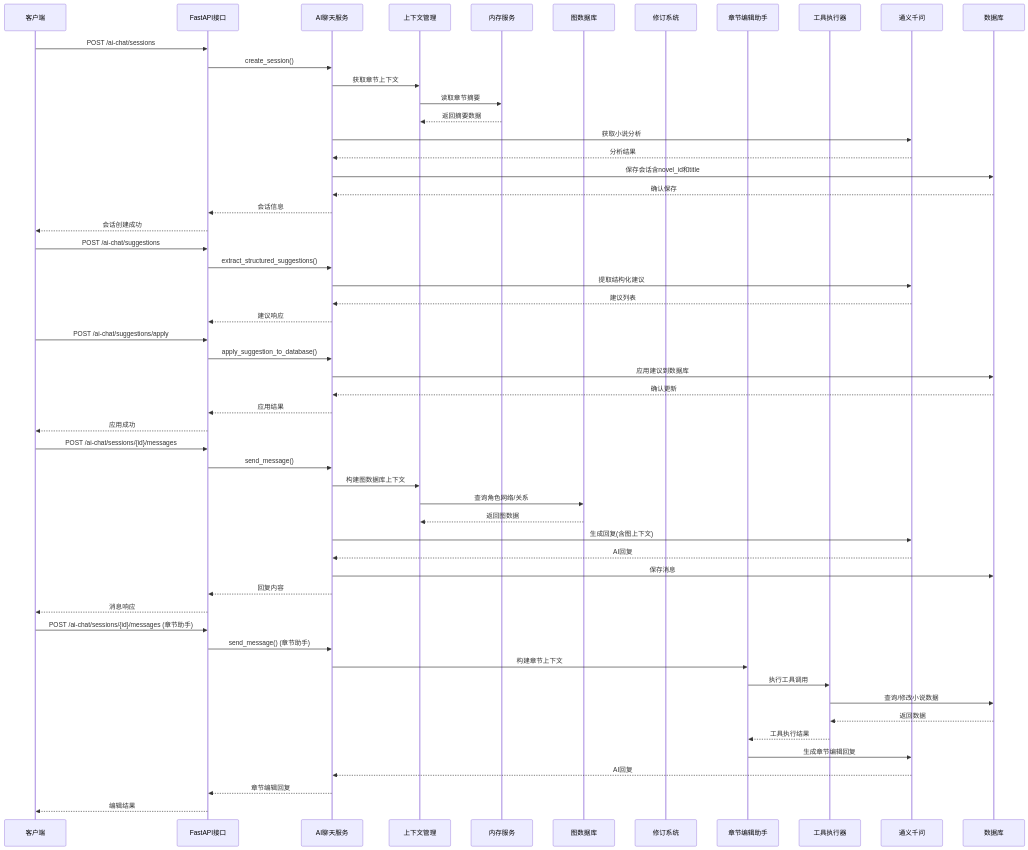
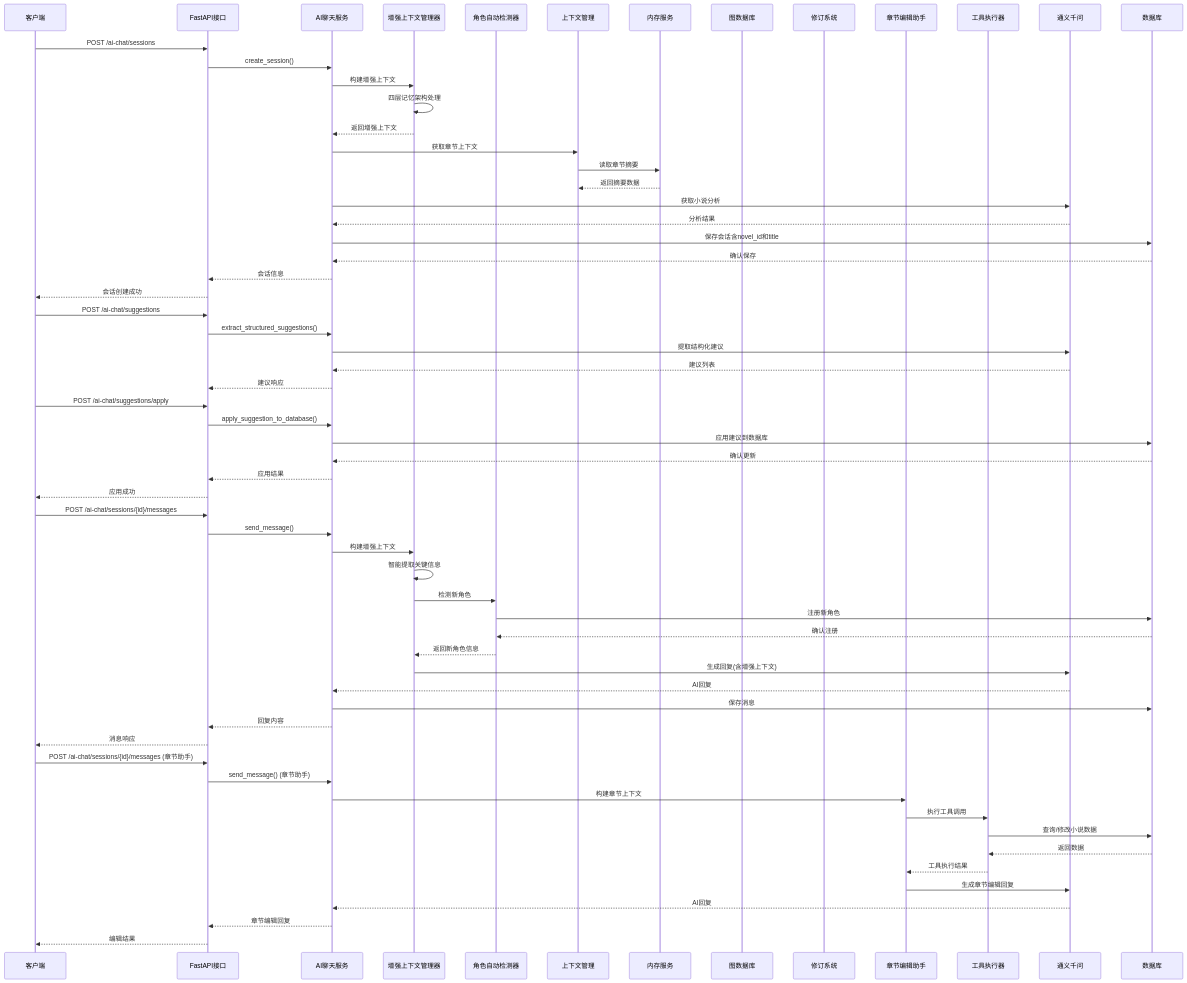
Before and after one commit to xfbyxq/ai-novel-system: the fourth of 49 diagrams in .qoder/repowiki/zh/content/Ai Chat Service.md, drawn with Mermaid. The commit also changed other lines of this file and 8 other files, not shown here.

````diff
--- a/.qoder/repowiki/zh/content/Ai Chat Service.md
+++ b/.qoder/repowiki/zh/content/Ai Chat Service.md
@@ -267,57 +315,65 @@
 ```mermaid
 sequenceDiagram
 participant Client as 客户端
 participant API as FastAPI接口
 participant Service as AI聊天服务
+participant EnhancedContext as 增强上下文管理器
+participant CharacterAutoDetect as 角色自动检测器
 participant Context as 上下文管理
 participant Memory as 内存服务
 participant Graph as 图数据库
 participant Revision as 修订系统
 participant ChapterAssistant as 章节编辑助手
 participant ToolExecutor as 工具执行器
 participant LLM as 通义千问
 participant DB as 数据库
 Client->>API : POST /ai-chat/sessions
 API->>Service : create_session()
+Service->>EnhancedContext : 构建增强上下文
+EnhancedContext->>EnhancedContext : 四层记忆架构处理
+EnhancedContext-->>Service : 返回增强上下文
 Service->>Context : 获取章节上下文
 Context->>Memory : 读取章节摘要
 Memory-->>Context : 返回摘要数据
 Service->>LLM : 获取小说分析
 LLM-->>Service : 分析结果
 Service->>DB : 保存会话含novel_id和title
 DB-->>Service : 确认保存
 Service-->>API : 会话信息
 API-->>Client : 会话创建成功
 Client->>API : POST /ai-chat/suggestions
 API->>Service : extract_structured_suggestions()
 Service->>LLM : 提取结构化建议
 LLM-->>Service : 建议列表
 Service-->>API : 建议响应
 Client->>API : POST /ai-chat/suggestions/apply
 API->>Service : apply_suggestion_to_database()
 Service->>DB : 应用建议到数据库
 DB-->>Service : 确认更新
 Service-->>API : 应用结果
 API-->>Client : 应用成功
 Client->>API : POST /ai-chat/sessions/{id}/messages
 API->>Service : send_message()
-Service->>Context : 构建图数据库上下文
-Context->>Graph : 查询角色网络/关系
-Graph-->>Context : 返回图数据
-Service->>LLM : 生成回复(含图上下文)
+Service->>EnhancedContext : 构建增强上下文
+EnhancedContext->>EnhancedContext : 智能提取关键信息
+EnhancedContext->>CharacterAutoDetect : 检测新角色
+CharacterAutoDetect->>DB : 注册新角色
+DB-->>CharacterAutoDetect : 确认注册
+CharacterAutoDetect-->>EnhancedContext : 返回新角色信息
+EnhancedContext->>LLM : 生成回复(含增强上下文)
 LLM-->>Service : AI回复
 Service->>DB : 保存消息
 Service-->>API : 回复内容
 API-->>Client : 消息响应
 Client->>API : POST /ai-chat/sessions/{id}/messages (章节助手)
 API->>Service : send_message() (章节助手)
 Service->>ChapterAssistant : 构建章节上下文
 ChapterAssistant->>ToolExecutor : 执行工具调用
 ToolExecutor->>DB : 查询/修改小说数据
 DB-->>ToolExecutor : 返回数据
 ToolExecutor-->>ChapterAssistant : 工具执行结果
 ChapterAssistant->>LLM : 生成章节编辑回复
 LLM-->>Service : AI回复
 Service-->>API : 章节编辑回复
 API-->>Client : 编辑结果
 ```
````
